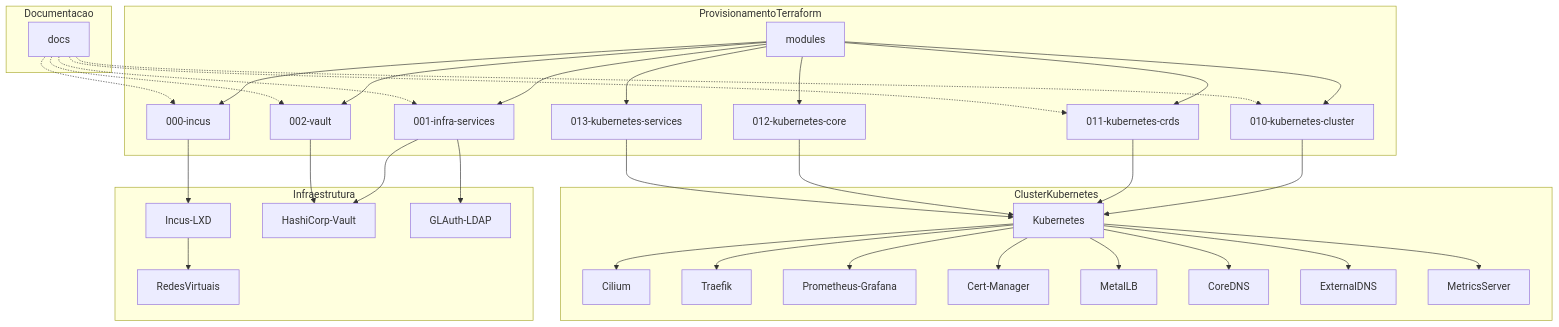
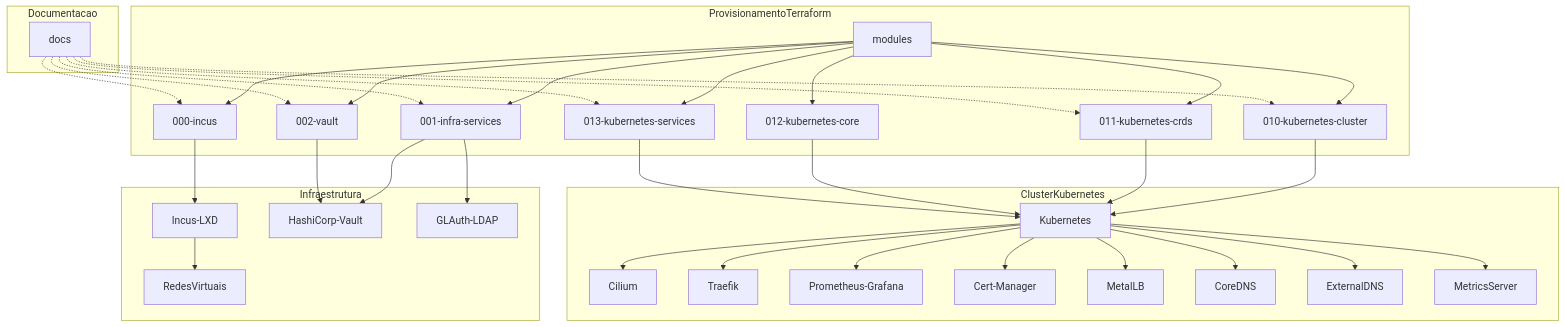
Before and after one commit to Tech-Preta/platform-incus: the diagram in README.md, drawn with Mermaid.

````diff
--- a/README.md
+++ b/README.md
@@ -5,67 +5,68 @@
 ```mermaid
 flowchart TD
   subgraph Infraestrutura
     INCUS[Incus-LXD]
     VAULT[HashiCorp-Vault]
     GLAUTH[GLAuth-LDAP]
     NET[RedesVirtuais]
   end
 
   subgraph ProvisionamentoTerraform
     INCUSMOD[000-incus]
     INFRAMOD[001-infra-services]
     VAULTMOD[002-vault]
     K8SMOD[010-kubernetes-cluster]
     CRDSMOD[011-kubernetes-crds]
     K8SCORE[012-kubernetes-core]
     K8SSERV[013-kubernetes-services]
     MOD[modules]
   end
 
   subgraph ClusterKubernetes
     K8S[Kubernetes]
     CILIUM[Cilium]
     TRAEFIK[Traefik]
     PROM[Prometheus-Grafana]
     CERTMAN[Cert-Manager]
     METALLB[MetalLB]
     COREDNS[CoreDNS]
     EXTDNS[ExternalDNS]
     METRICS[MetricsServer]
   end
 
   subgraph Documentacao
     DOCS[docs]
   end
 
   INCUS --> NET
   INCUSMOD --> INCUS
   INFRAMOD --> VAULT
   INFRAMOD --> GLAUTH
   VAULTMOD --> VAULT
   K8SMOD --> K8S
   CRDSMOD --> K8S
   K8SCORE --> K8S
   K8SSERV --> K8S
   MOD --> INCUSMOD
   MOD --> INFRAMOD
   MOD --> VAULTMOD
   MOD --> K8SMOD
   MOD --> CRDSMOD
   MOD --> K8SCORE
   MOD --> K8SSERV
   K8S --> CILIUM
   K8S --> TRAEFIK
   K8S --> PROM
   K8S --> CERTMAN
   K8S --> METALLB
   K8S --> COREDNS
   K8S --> EXTDNS
   K8S --> METRICS
 
   DOCS -.-> INCUSMOD
   DOCS -.-> INFRAMOD
   DOCS -.-> VAULTMOD
   DOCS -.-> K8SMOD
   DOCS -.-> CRDSMOD
+  DOCS -.-> K8SSERV
 ```
````
